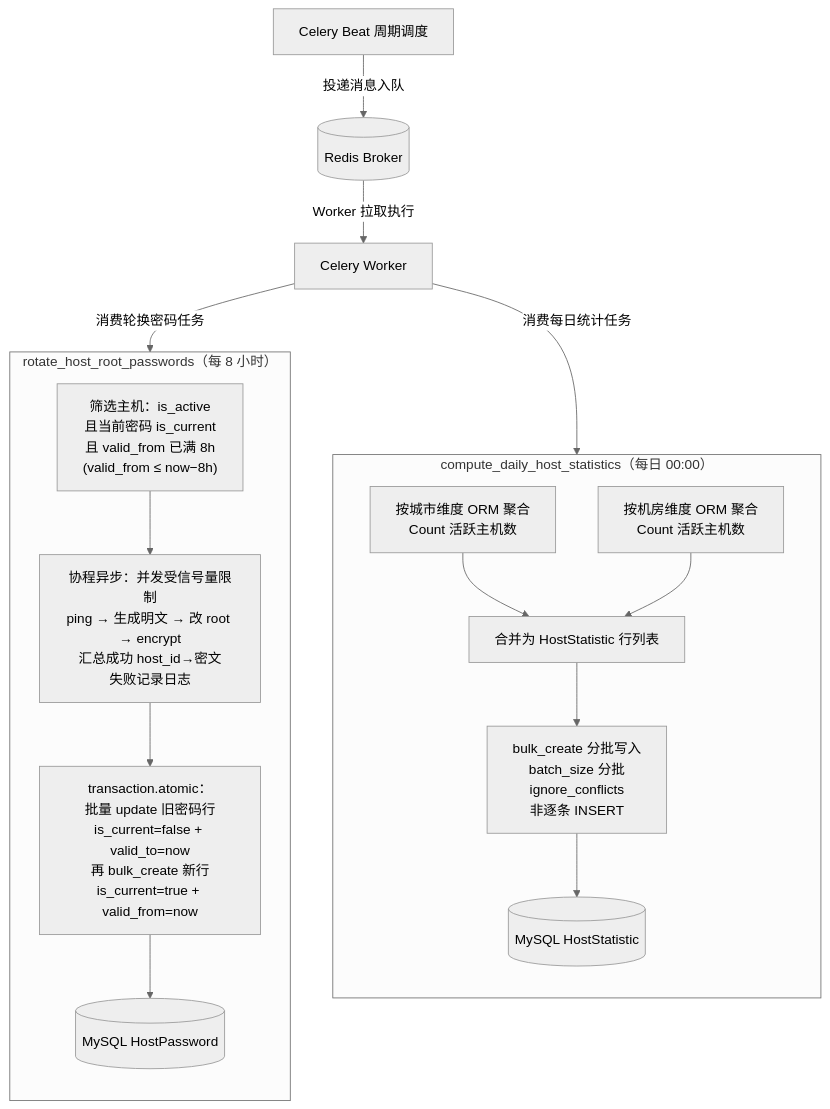
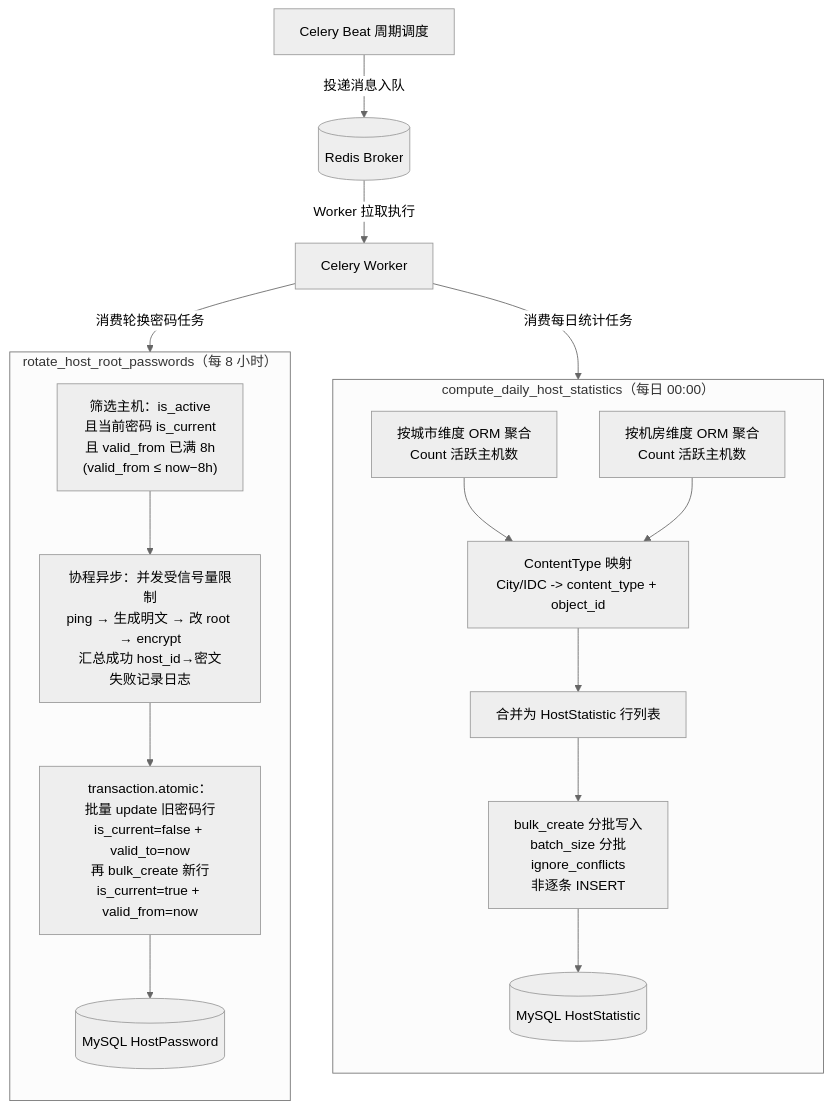
The fourth of 4 diagrams in README.md (baoqian-zhang/host_mgr), drawn with Mermaid (neutral theme) before and after one commit. The commit also changed other lines of this file and 12 other files, not shown here.

````diff
--- a/README.md
+++ b/README.md
@@ -300,29 +304,31 @@
 ```mermaid
 flowchart TB
   Beat[Celery Beat 周期调度] -->|投递消息入队| Broker[(Redis Broker)]
   Broker -->|Worker 拉取执行| Worker[Celery Worker]
 
   subgraph daily["compute_daily_host_statistics（每日 00:00）"]
     direction TB
     DC1["按城市维度 ORM 聚合\nCount 活跃主机数"]
     DC2["按机房维度 ORM 聚合\nCount 活跃主机数"]
-    DC3["合并为 HostStatistic 行列表"]
-    DC4["bulk_create 分批写入\nbatch_size 分批\nignore_conflicts\n非逐条 INSERT"]
+    DC3["ContentType 映射\nCity/IDC -> content_type + object_id"]
+    DC4["合并为 HostStatistic 行列表"]
+    DC5["bulk_create 分批写入\nbatch_size 分批\nignore_conflicts\n非逐条 INSERT"]
     DC1 --> DC3
     DC2 --> DC3
     DC3 --> DC4
-    DC4 --> DB1[(MySQL HostStatistic)]
+    DC4 --> DC5
+    DC5 --> DB1[(MySQL HostStatistic)]
   end
 
   subgraph rotate["rotate_host_root_passwords（每 8 小时）"]
     direction TB
     R1["筛选主机：is_active\n且当前密码 is_current\n且 valid_from 已满 8h\n(valid_from ≤ now−8h)"]
     R2["协程异步：并发受信号量限制\nping → 生成明文 → 改 root → encrypt\n汇总成功 host_id→密文\n失败记录日志"]
     R3["transaction.atomic：\n批量 update 旧密码行\nis_current=false + valid_to=now\n再 bulk_create 新行\nis_current=true + valid_from=now"]
     R1 --> R2 --> R3
     R3 --> DB2[(MySQL HostPassword)]
   end
 
   Worker -->|消费每日统计任务| DC1
   Worker -->|消费轮换密码任务| R1
 ```
````
